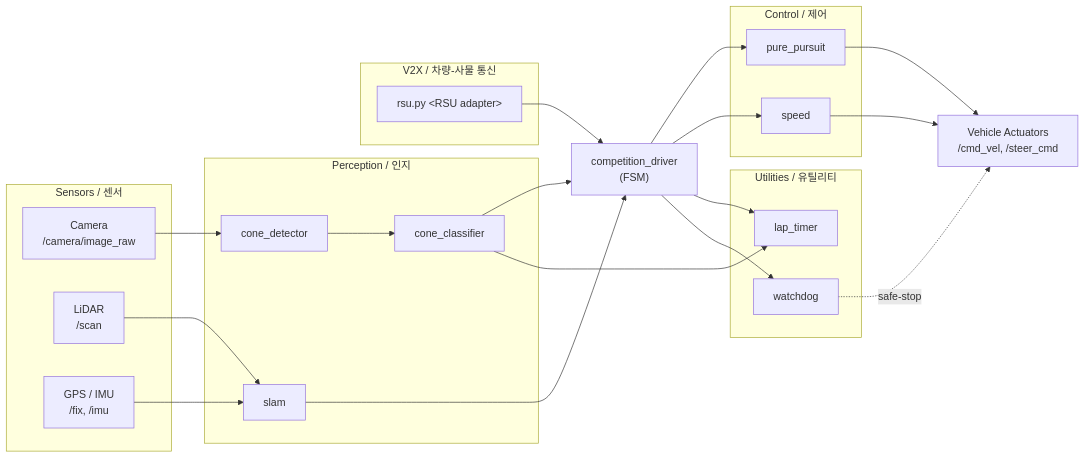
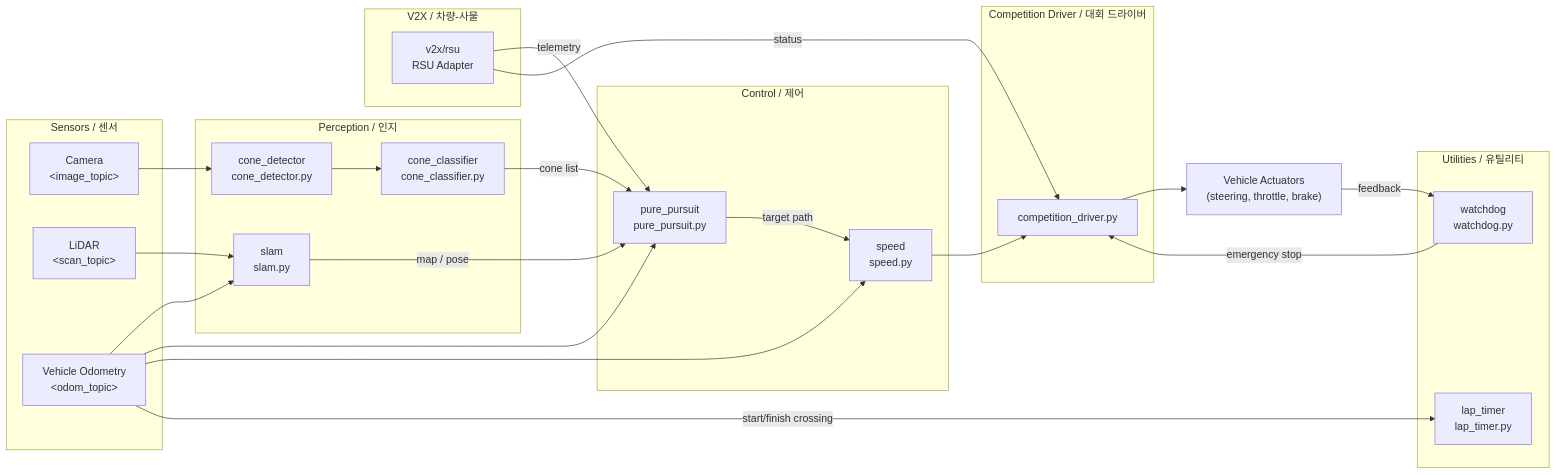
The diagram in README.md (jclee941/hycu_fsds), drawn with Mermaid before and after one commit. The commit also changed other lines of this file, not shown here.

````diff
--- a/README.md
+++ b/README.md
@@ -90,46 +112,54 @@
 ```mermaid
 flowchart LR
     subgraph Sensors["Sensors / 센서"]
-        CAM["Camera<br/>/camera/image_raw"]
-        LIDAR["LiDAR<br/>/scan"]
-        GPS["GPS / IMU<br/>/fix, /imu"]
+        CAM["Camera<br/>&lt;image_topic&gt;"]
+        LIDAR["LiDAR<br/>&lt;scan_topic&gt;"]
+        ODOM["Vehicle Odometry<br/>&lt;odom_topic&gt;"]
     end
 
     subgraph Perception["Perception / 인지"]
-        CD["cone_detector"]
-        CC["cone_classifier"]
-        SLAM["slam"]
+        CD["cone_detector<br/>cone_detector.py"]
+        CC["cone_classifier<br/>cone_classifier.py"]
+        SLAM["slam<br/>slam.py"]
+    end
+
+    subgraph V2X["V2X / 차량-사물"]
+        RSU["v2x/rsu<br/>RSU Adapter"]
     end
 
     subgraph Control["Control / 제어"]
-        PP["pure_pursuit"]
-        SP["speed"]
+        PP["pure_pursuit<br/>pure_pursuit.py"]
+        SP["speed<br/>speed.py"]
     end
 
     subgraph Utils["Utilities / 유틸리티"]
-        LT["lap_timer"]
-        WD["watchdog"]
+        LT["lap_timer<br/>lap_timer.py"]
+        WD["watchdog<br/>watchdog.py"]
     end
 
-    subgraph V2X["V2X / 차량-사물 통신"]
-        RSU["rsu.py &lt;RSU adapter&gt;"]
+    subgraph Driver["Competition Driver / 대회 드라이버"]
+        DRV["competition_driver.py"]
     end
 
-    DRV["competition_driver<br/>(FSM)"]
-    VEH["Vehicle Actuators<br/>/cmd_vel, /steer_cmd"]
+    ACTUATORS["Vehicle Actuators<br/>(steering, throttle, brake)"]
 
-    CAM --> CD --> CC
+    CAM --> CD
     LIDAR --> SLAM
-    GPS --> SLAM
-    CC --> DRV
-    SLAM --> DRV
-    DRV --> PP
-    DRV --> SP
-    PP --> VEH
-    SP --> VEH
-    CC --> LT
-    DRV --> LT
-    DRV --> WD
-    RSU --> DRV
-    WD -.safe-stop.-> VEH
+    ODOM --> SLAM
+    ODOM --> PP
+    ODOM --> SP
+
+    CD --> CC
+    CC -->|cone list| PP
+    SLAM -->|map / pose| PP
+    RSU -->|telemetry| PP
+    RSU -->|status| DRV
+
+    PP -->|target path| SP
+    SP --> DRV
+    DRV --> ACTUATORS
+
+    ACTUATORS -->|feedback| WD
+    WD -->|emergency stop| DRV
+    ODOM -->|start/finish crossing| LT
 ```
````
